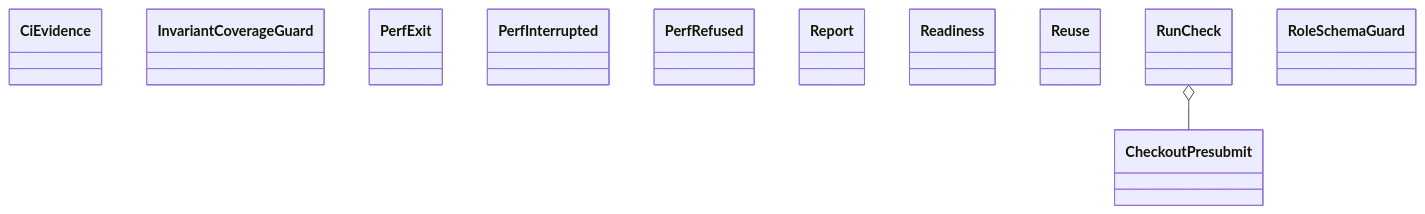
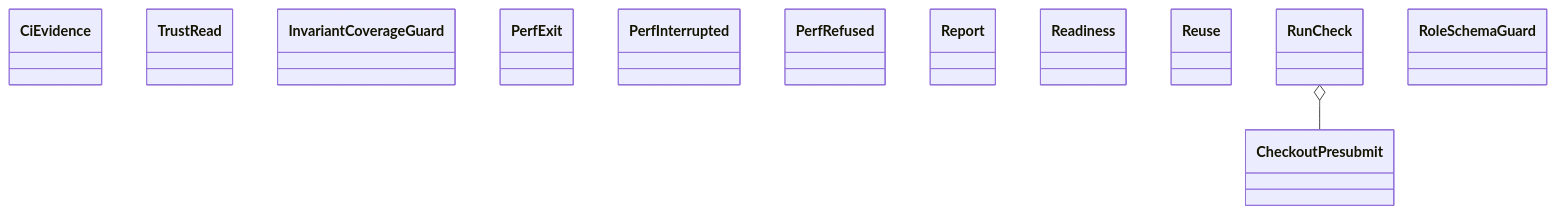
One commit to GonzaloZevallos/agentic-system changed the diagram in docs/architecture/generated/classes-process-application-checks.md. Above: the diagram before and after it, drawn with Mermaid. The commit also changed 15 other files, not shown here.

Commit message:
Regenerate the architecture docs for the new ci_trust module

````diff
--- a/docs/architecture/generated/classes-process-application-checks.md
+++ b/docs/architecture/generated/classes-process-application-checks.md
@@ -17,15 +17,16 @@
 ```mermaid
 classDiagram
     class ci_review__CiEvidence["CiEvidence"]
+    class ci_trust__TrustRead["TrustRead"]
     class coverage_guard__InvariantCoverageGuard["InvariantCoverageGuard"]
     class perf__PerfExit["PerfExit"]
     class perf__PerfInterrupted["PerfInterrupted"]
     class perf__PerfRefused["PerfRefused"]
     class perf__Report["Report"]
     class presubmit__CheckoutPresubmit["CheckoutPresubmit"]
     class presubmit__Readiness["Readiness"]
     class presubmit__Reuse["Reuse"]
     class run_check__RunCheck["RunCheck"]
     class schema_guard__RoleSchemaGuard["RoleSchemaGuard"]
     run_check__RunCheck o-- presubmit__CheckoutPresubmit
 ```
````
